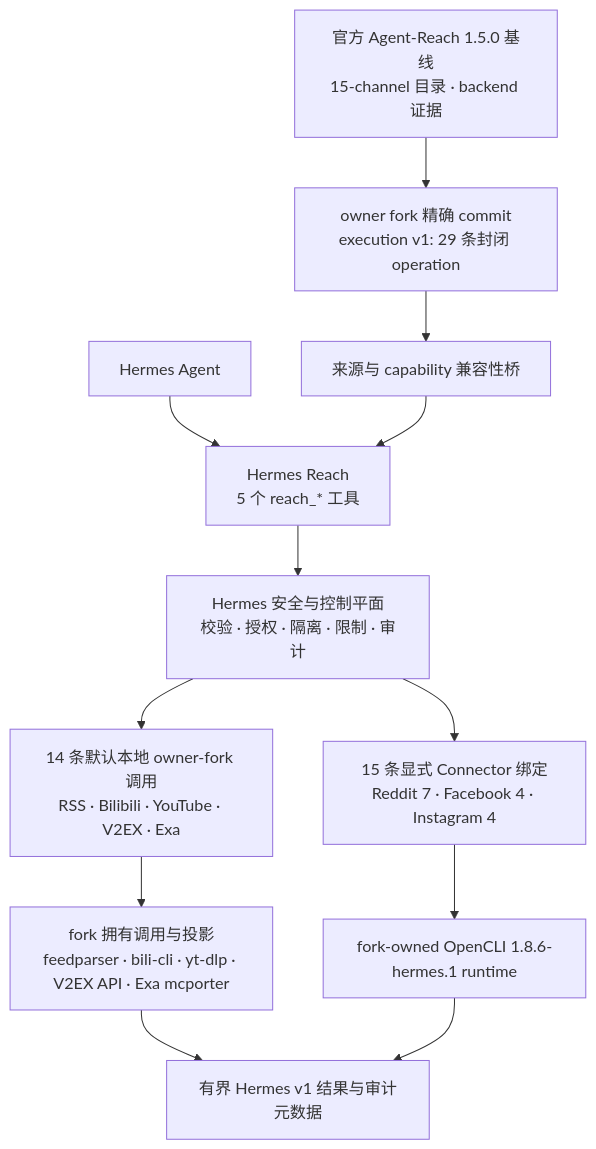
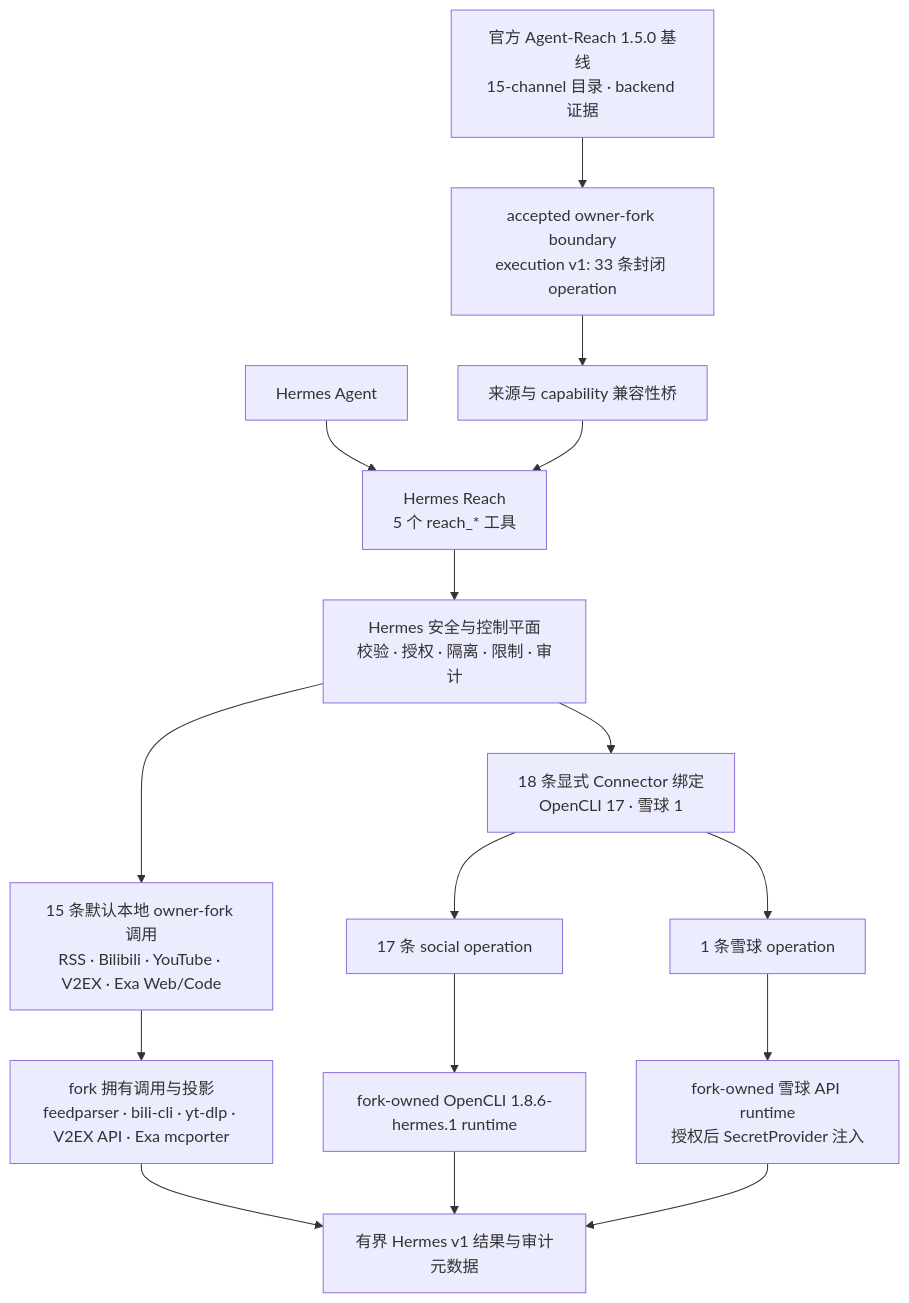
One commit to izumi0uu/hermes-reach changed the first of 2 diagrams in README.md. Above: the diagram before and after it, drawn with Mermaid. The commit also changed other lines of this file and 61 other files, not shown here.

Commit message:
feat(agent-reach): add non-github search batch

````diff
--- a/README.md
+++ b/README.md
@@ -314,14 +337,18 @@
 ```mermaid
 flowchart TD
     Hermes["Hermes Agent"] --> Plugin["Hermes Reach<br/>5 个 reach_* 工具"]
-    Upstream["官方 Agent-Reach 1.5.0 基线<br/>15-channel 目录 · backend 证据"] --> Fork["owner fork 精确 commit<br/>execution v1: 29 条封闭 operation"]
+    Upstream["官方 Agent-Reach 1.5.0 基线<br/>15-channel 目录 · backend 证据"] --> Fork["accepted owner-fork boundary<br/>execution v1: 33 条封闭 operation"]
     Fork --> Bridge["来源与 capability 兼容性桥"]
     Bridge --> Plugin
     Plugin --> Guard["Hermes 安全与控制平面<br/>校验 · 授权 · 隔离 · 限制 · 审计"]
-    Guard --> ForkOps["14 条默认本地 owner-fork 调用<br/>RSS · Bilibili · YouTube · V2EX · Exa"]
-    Guard --> Connector["15 条显式 Connector 绑定<br/>Reddit 7 · Facebook 4 · Instagram 4"]
+    Guard --> ForkOps["15 条默认本地 owner-fork 调用<br/>RSS · Bilibili · YouTube · V2EX · Exa Web/Code"]
+    Guard --> Connector["18 条显式 Connector 绑定<br/>OpenCLI 17 · 雪球 1"]
     ForkOps --> ForkBackends["fork 拥有调用与投影<br/>feedparser · bili-cli · yt-dlp · V2EX API · Exa mcporter"]
-    Connector --> OpenCLI["fork-owned OpenCLI 1.8.6-hermes.1 runtime"]
+    Connector --> Social["17 条 social operation"]
+    Connector --> Xueqiu["1 条雪球 operation"]
+    Social --> OpenCLI["fork-owned OpenCLI 1.8.6-hermes.1 runtime"]
+    Xueqiu --> XueqiuAPI["fork-owned 雪球 API runtime<br/>授权后 SecretProvider 注入"]
     ForkBackends --> Results["有界 Hermes v1 结果与审计元数据"]
     OpenCLI --> Results
+    XueqiuAPI --> Results
 ```
````
